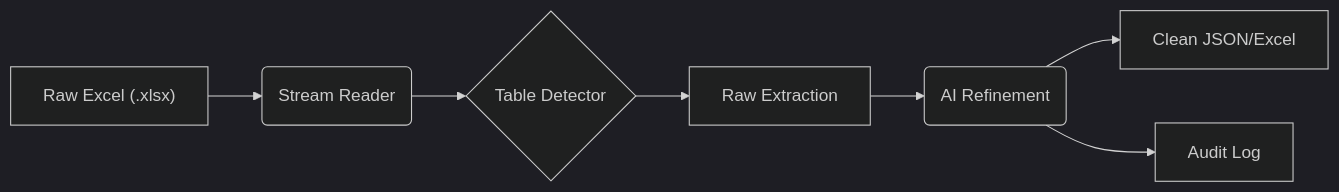
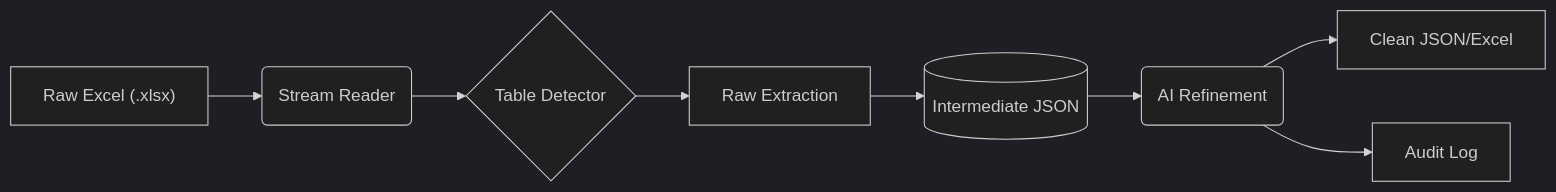
The diagram in README.md (zylar06/ExcelDeepClean), drawn with Mermaid (dark theme) before and after one commit. The commit also changed other lines of this file and 1 other file, not shown here.

Commit message:
Docs: Explicitly mention Intermediate JSON step in Architecture

````diff
--- a/README.md
+++ b/README.md
@@ -29,9 +29,10 @@
 ```mermaid
 graph LR
     A["Raw Excel (.xlsx)"] --> B("Stream Reader")
     B --> C{"Table Detector"}
     C --> D["Raw Extraction"]
-    D --> E("AI Refinement")
+    D --> I[("Intermediate JSON")]
+    I --> E("AI Refinement")
     E --> F["Clean JSON/Excel"]
     E --> G["Audit Log"]
 ```
````
